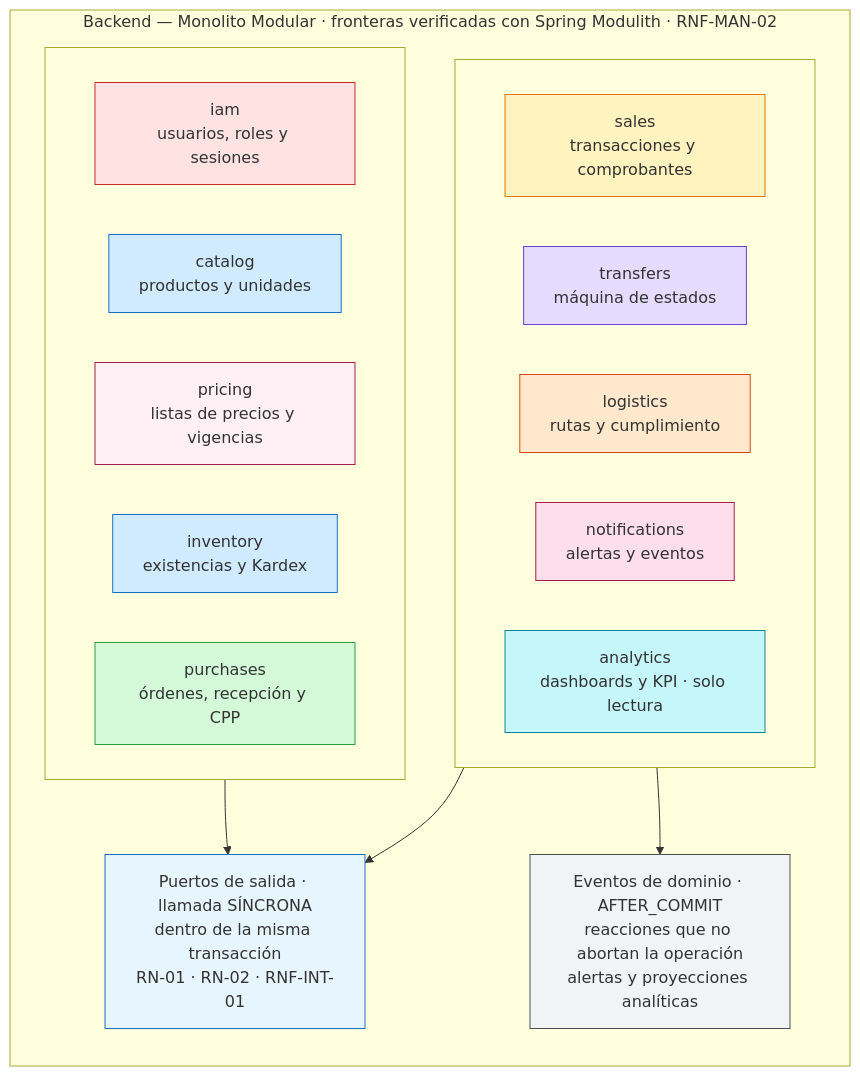
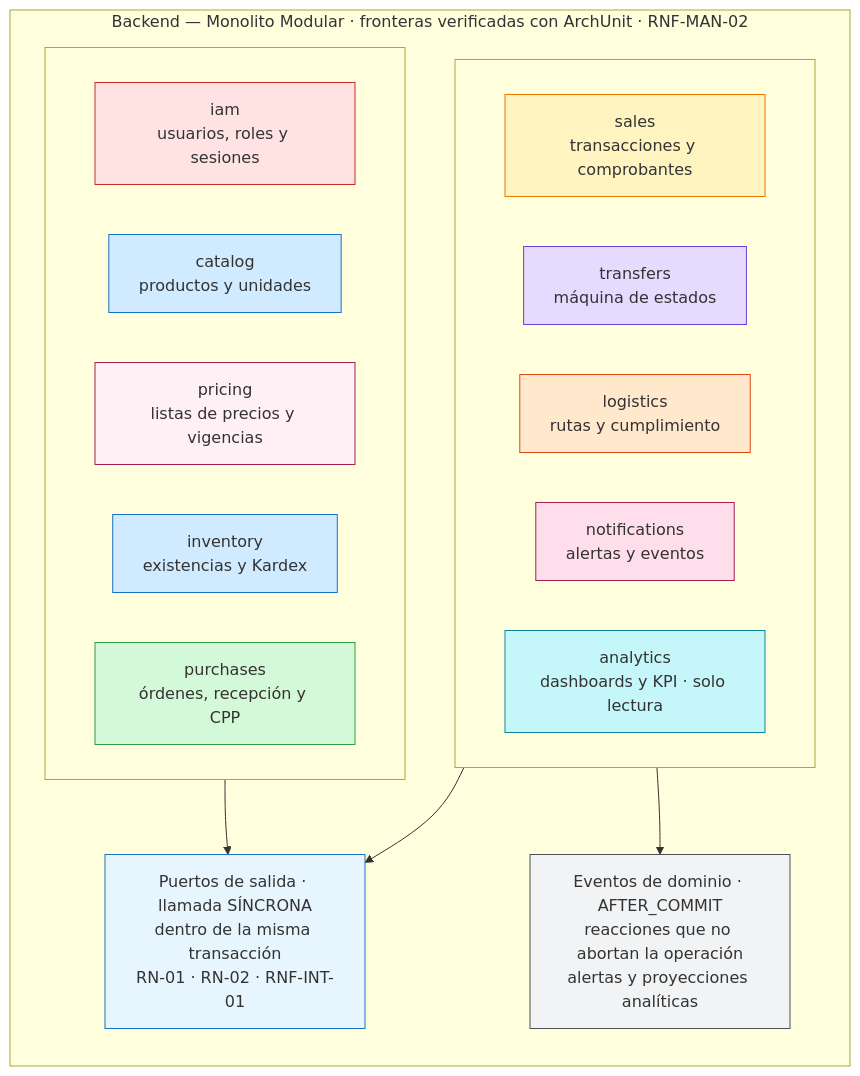
Before and after one commit to ElJuanchito/prueba-tecnica-optiplant: the fifth of 6 diagrams in docs/modelado_sistema.md, drawn with Mermaid. The commit also changed other lines of this file and 3 other files, not shown here.

First line of the commit message:
docs: retirar Spring Modulith y el requerimiento de consistencia de estilo

````diff
--- a/docs/modelado_sistema.md
+++ b/docs/modelado_sistema.md
@@ -179,40 +179,40 @@
 ```mermaid
 flowchart TB
-    subgraph MONO["Backend — Monolito Modular · fronteras verificadas con Spring Modulith · RNF-MAN-02"]
+    subgraph MONO["Backend — Monolito Modular · fronteras verificadas con ArchUnit · RNF-MAN-02"]
         direction TB
         subgraph FILA1[" "]
             direction LR
             IAM["iam<br/>usuarios, roles y sesiones"]
             CAT["catalog<br/>productos y unidades"]
             PRE["pricing<br/>listas de precios y vigencias"]
             INV["inventory<br/>existencias y Kardex"]
             COM["purchases<br/>órdenes, recepción y CPP"]
         end
         subgraph FILA2[" "]
             direction LR
             VEN["sales<br/>transacciones y comprobantes"]
             TRA["transfers<br/>máquina de estados"]
             LOG["logistics<br/>rutas y cumplimiento"]
             NOT["notifications<br/>alertas y eventos"]
             ANA["analytics<br/>dashboards y KPI · solo lectura"]
         end
         SYNC["Puertos de salida · llamada SÍNCRONA<br/>dentro de la misma transacción<br/>RN-01 · RN-02 · RNF-INT-01"]
         EVT["Eventos de dominio · AFTER_COMMIT<br/>reacciones que no abortan la operación<br/>alertas y proyecciones analíticas"]
         FILA1 --> SYNC
         FILA2 --> SYNC
         FILA2 --> EVT
     end
 
     style IAM fill:#ffe3e3,stroke:#c92a2a
     style CAT fill:#d0ebff,stroke:#1971c2
     style PRE fill:#fff0f6,stroke:#a61e4d
     style INV fill:#d0ebff,stroke:#1971c2
     style COM fill:#d3f9d8,stroke:#2f9e44
     style VEN fill:#fff3bf,stroke:#e67700
     style TRA fill:#e5dbff,stroke:#6741d9
     style LOG fill:#ffe8cc,stroke:#d9480f
     style NOT fill:#ffdeeb,stroke:#a61e4d
     style ANA fill:#c5f6fa,stroke:#0c8599
     style SYNC fill:#e7f5ff,stroke:#1971c2
     style EVT fill:#f1f3f5,stroke:#495057
 ```
````
